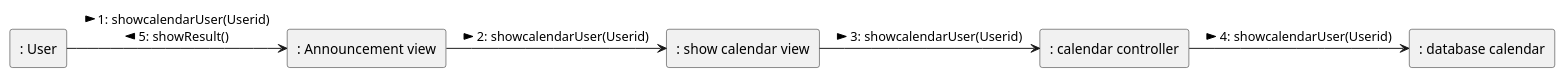
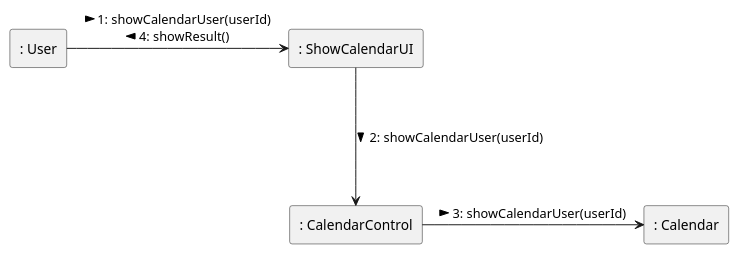
Before and after one commit to Candrixx/Proyecto_Ing_Software_Equipo_3: the diagram in docs/scenariosView/UC - Colaboration Diagrams/uc2_1-Show_Calendar-Colaboration.plantuml, drawn with PlantUML. The commit also changed 18 other files, not shown here.

Commit message:
Diagram Class of Analisys and Package

```diff
--- a/docs/scenariosView/UC - Colaboration Diagrams/uc2_1-Show_Calendar-Colaboration.plantuml
+++ b/docs/scenariosView/UC - Colaboration Diagrams/uc2_1-Show_Calendar-Colaboration.plantuml
@@ -1,13 +1,11 @@
 @startuml uc2_2_show_calendar_c
 rectangle ": User" as user
-rectangle ": Announcement view" as view
-rectangle ": show calendar view" as showCalendarView
-rectangle ": calendar controller" as controller
-rectangle ": database calendar" as database2
+rectangle ": ShowCalendarUI" as showCalendarUI
+rectangle ": CalendarControl" as controller
+rectangle ": Calendar" as database2
 
-user --r-> view : > 1: showcalendarUser(Userid) \n 5: showResult() < 
-view --r-> showCalendarView : > 2: showcalendarUser(Userid)
-showCalendarView --r-> controller : > 3: showcalendarUser(Userid)
-controller --r-> database2 : > 4: showcalendarUser(Userid)  
+user --r-> showCalendarUI : > 1: showCalendarUser(userId) \n 4: showResult() < 
+showCalendarUI --d-> controller : > 2: showCalendarUser(userId)
+controller --r-> database2 : > 3: showCalendarUser(userId)  
 
 @enduml
```
